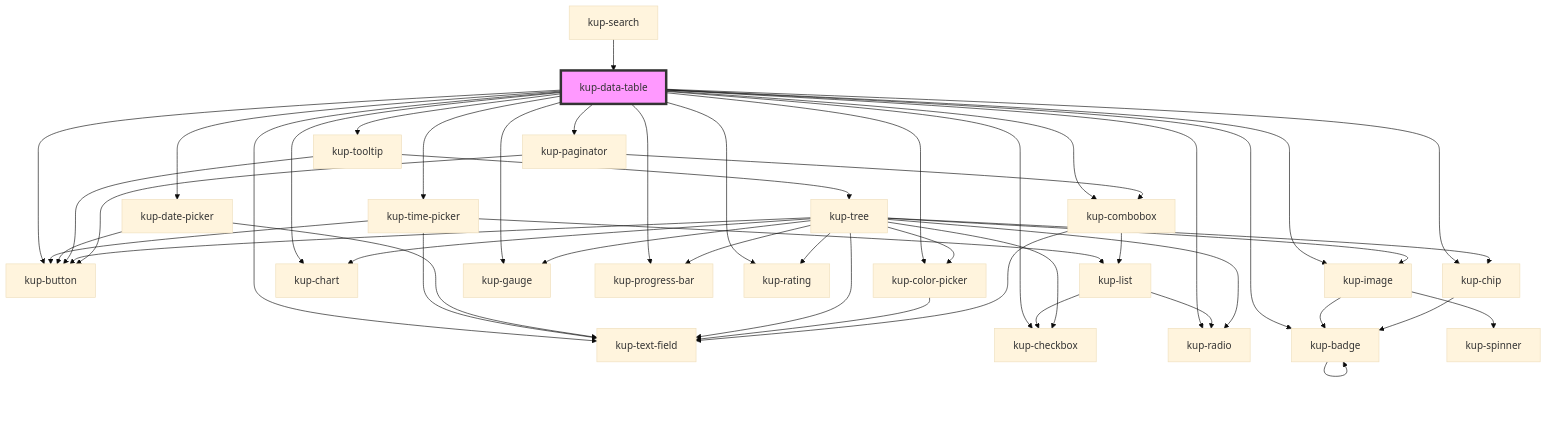
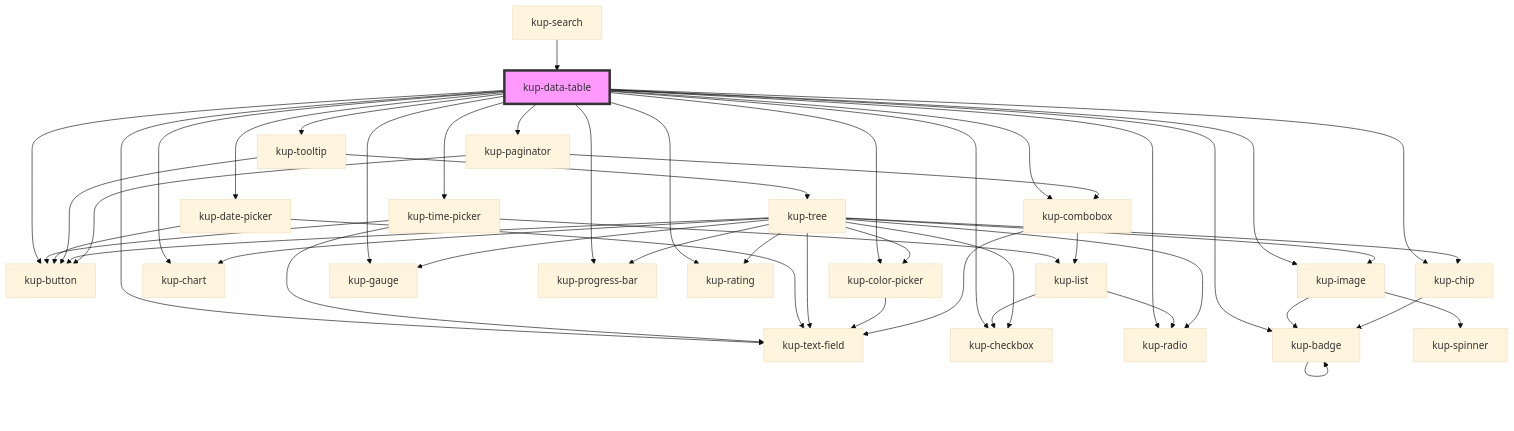
The diagram in packages/ketchup/src/components/kup-data-table/readme.md (smeup/ketchup), drawn with Mermaid (base theme) before and after one commit. The commit also changed other lines of this file and 5 other files, not shown here.

Commit message:
FChip in data table.

````diff
--- a/packages/ketchup/src/components/kup-data-table/readme.md
+++ b/packages/ketchup/src/components/kup-data-table/readme.md
@@ -175,51 +175,51 @@
 ```mermaid
 graph TD;
   kup-data-table --> kup-text-field
   kup-data-table --> kup-time-picker
   kup-data-table --> kup-date-picker
   kup-data-table --> kup-checkbox
   kup-data-table --> kup-button
   kup-data-table --> kup-tooltip
   kup-data-table --> kup-image
   kup-data-table --> kup-chart
-  kup-data-table --> kup-chip
   kup-data-table --> kup-color-picker
   kup-data-table --> kup-gauge
   kup-data-table --> kup-progress-bar
   kup-data-table --> kup-rating
   kup-data-table --> kup-radio
   kup-data-table --> kup-paginator
   kup-data-table --> kup-combobox
+  kup-data-table --> kup-chip
   kup-data-table --> kup-badge
   kup-time-picker --> kup-text-field
   kup-time-picker --> kup-button
   kup-time-picker --> kup-list
   kup-list --> kup-radio
   kup-list --> kup-checkbox
   kup-date-picker --> kup-text-field
   kup-date-picker --> kup-button
   kup-tooltip --> kup-button
   kup-tooltip --> kup-tree
   kup-tree --> kup-image
   kup-tree --> kup-button
   kup-tree --> kup-chart
   kup-tree --> kup-checkbox
   kup-tree --> kup-chip
   kup-tree --> kup-color-picker
   kup-tree --> kup-gauge
   kup-tree --> kup-progress-bar
   kup-tree --> kup-rating
   kup-tree --> kup-radio
   kup-tree --> kup-text-field
   kup-image --> kup-spinner
   kup-image --> kup-badge
   kup-badge --> kup-badge
   kup-chip --> kup-badge
   kup-color-picker --> kup-text-field
   kup-paginator --> kup-button
   kup-paginator --> kup-combobox
   kup-combobox --> kup-text-field
   kup-combobox --> kup-list
   kup-search --> kup-data-table
   style kup-data-table fill:#f9f,stroke:#333,stroke-width:4px
 ```
````
